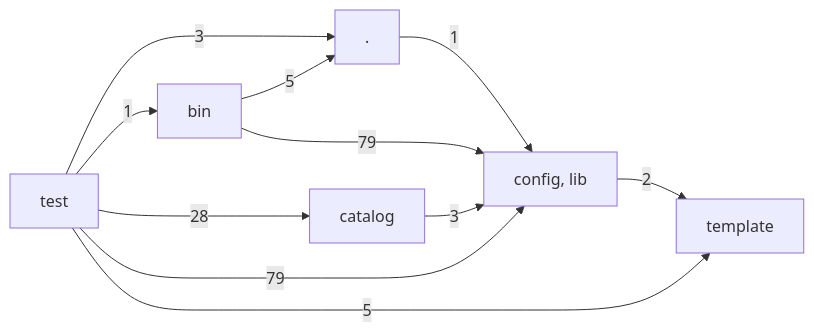
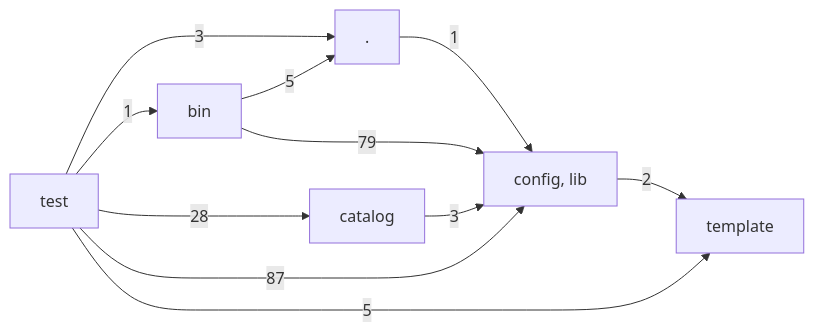
Before and after one commit to hackersandwizards/scaffolding: the diagram in docs/architecture/layers.md, drawn with Mermaid. The commit also changed 39 other files, not shown here.

````diff
--- a/docs/architecture/layers.md
+++ b/docs/architecture/layers.md
@@ -3,19 +3,19 @@
 ```mermaid
 graph LR
   L0["."]
   L1["bin"]
   L2["catalog"]
   L3["config, lib"]
   L4["template"]
   L5["test"]
   L0 -->|1| L3
   L1 -->|5| L0
   L1 -->|79| L3
   L2 -->|3| L3
   L3 -->|2| L4
   L5 -->|3| L0
   L5 -->|1| L1
   L5 -->|28| L2
-  L5 -->|79| L3
+  L5 -->|87| L3
   L5 -->|5| L4
 ```
````
